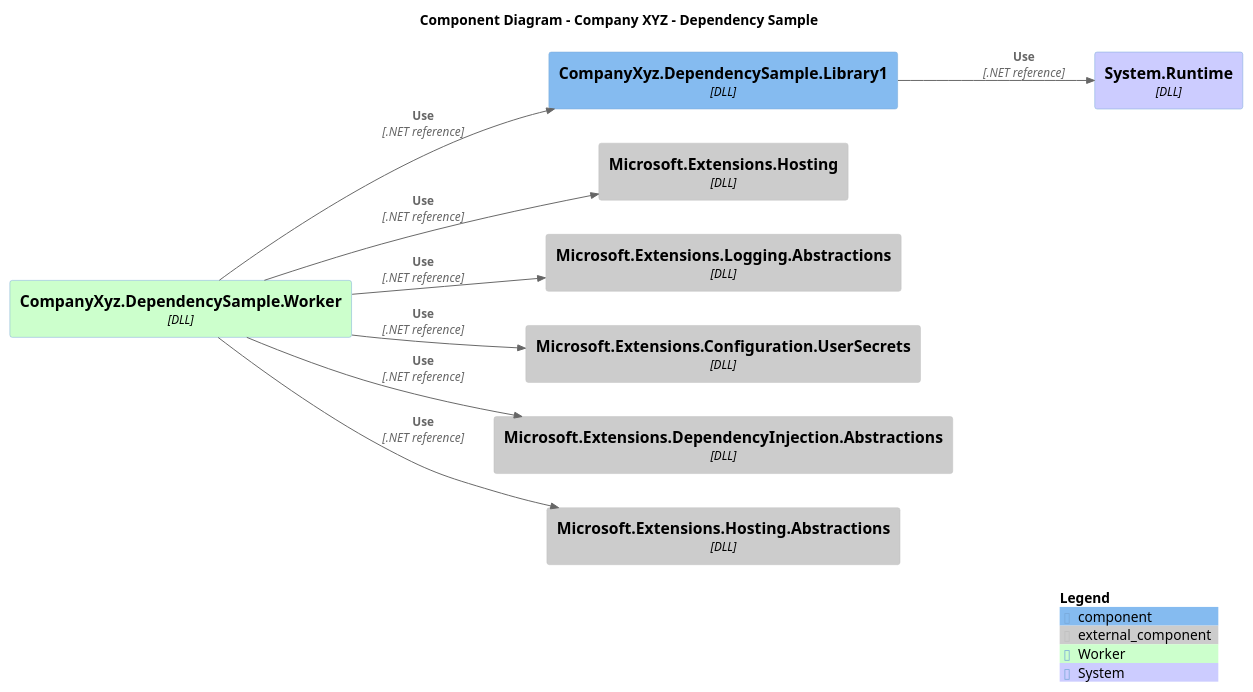
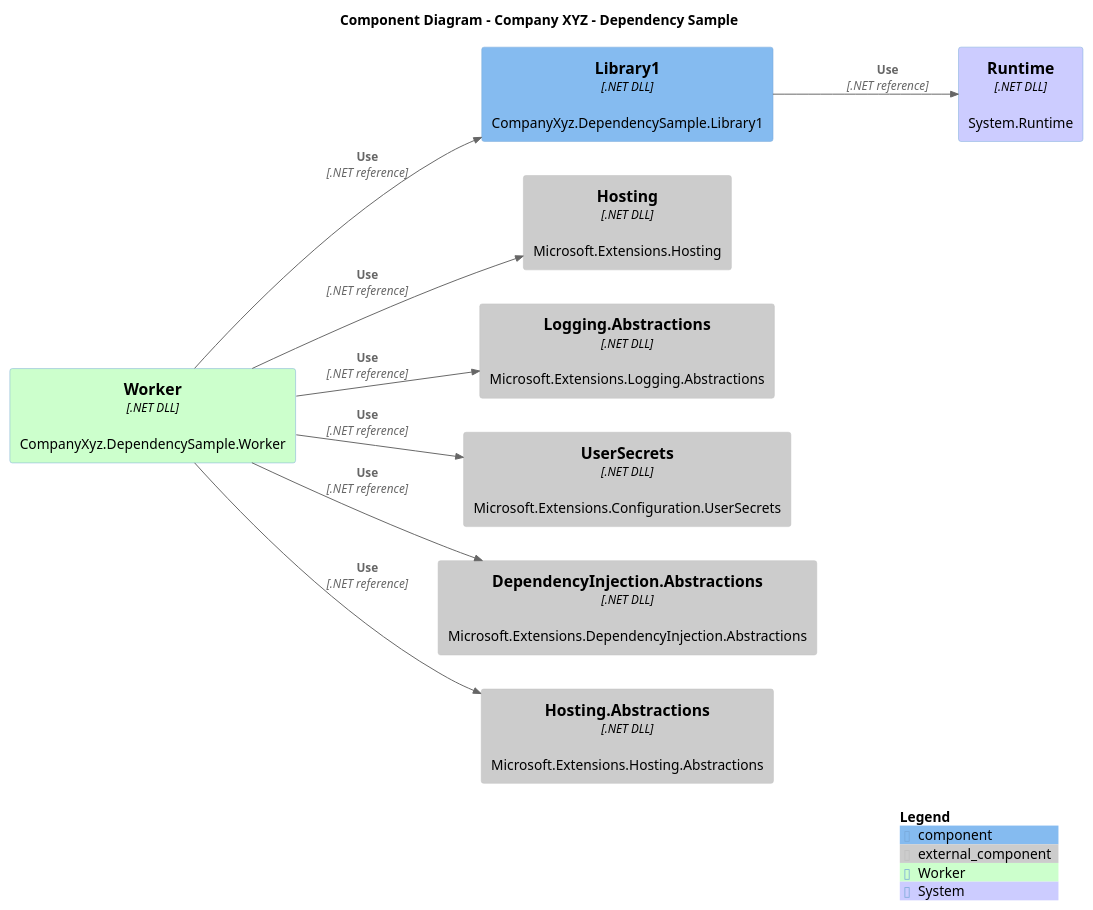
Before and after one commit to sgryphon/dotnet-dependency-graph: the diagram in sample/docs/c4-component-CompanyXyz.puml, drawn with PlantUML. The commit also changed 1 other file, not shown here.

```diff
--- a/sample/docs/c4-component-CompanyXyz.puml
+++ b/sample/docs/c4-component-CompanyXyz.puml
@@ -1,32 +1,32 @@
 @startuml
 
 !include <C4/C4_Component>
 AddComponentTag("Application", $bgColor="#0000ff")
 
 title Component Diagram - Company XYZ - Dependency Sample
 
 LAYOUT_LEFT_RIGHT()
 AddComponentTag("Worker", $bgColor="#ccffcc")
 AddComponentTag("System", $bgColor="#ccccff")
 
-Component(CompanyXyz.DependencySample.Worker, "CompanyXyz.DependencySample.Worker", "DLL", $tags="Worker")
-Component(CompanyXyz.DependencySample.Library1, "CompanyXyz.DependencySample.Library1", "DLL")
+Component(CompanyXyz.DependencySample.Worker, "Worker", ".NET DLL", "CompanyXyz.DependencySample.Worker", $tags="Worker")
+Component(CompanyXyz.DependencySample.Library1, "Library1", ".NET DLL", "CompanyXyz.DependencySample.Library1")
 
-Component_Ext(Microsoft.Extensions.Hosting, "Microsoft.Extensions.Hosting", "DLL")
-Component_Ext(System.Runtime, "System.Runtime", "DLL", $tags="System")
-Component_Ext(Microsoft.Extensions.Logging.Abstractions, "Microsoft.Extensions.Logging.Abstractions", "DLL")
-Component_Ext(Microsoft.Extensions.Configuration.UserSecrets, "Microsoft.Extensions.Configuration.UserSecrets", "DLL")
-Component_Ext(Microsoft.Extensions.DependencyInjection.Abstractions, "Microsoft.Extensions.DependencyInjection.Abstractions", "DLL")
-Component_Ext(Microsoft.Extensions.Hosting.Abstractions, "Microsoft.Extensions.Hosting.Abstractions", "DLL")
+Component_Ext(Microsoft.Extensions.Hosting, "Hosting", ".NET DLL", "Microsoft.Extensions.Hosting")
+Component_Ext(System.Runtime, "Runtime", ".NET DLL", "System.Runtime", $tags="System")
+Component_Ext(Microsoft.Extensions.Logging.Abstractions, "Logging.Abstractions", ".NET DLL", "Microsoft.Extensions.Logging.Abstractions")
+Component_Ext(Microsoft.Extensions.Configuration.UserSecrets, "UserSecrets", ".NET DLL", "Microsoft.Extensions.Configuration.UserSecrets")
+Component_Ext(Microsoft.Extensions.DependencyInjection.Abstractions, "DependencyInjection.Abstractions", ".NET DLL", "Microsoft.Extensions.DependencyInjection.Abstractions")
+Component_Ext(Microsoft.Extensions.Hosting.Abstractions, "Hosting.Abstractions", ".NET DLL", "Microsoft.Extensions.Hosting.Abstractions")
 
 Rel(CompanyXyz.DependencySample.Worker, Microsoft.Extensions.Hosting, "Use", ".NET reference")
 Rel(CompanyXyz.DependencySample.Library1, System.Runtime, "Use", ".NET reference")
 Rel(CompanyXyz.DependencySample.Worker, Microsoft.Extensions.Logging.Abstractions, "Use", ".NET reference")
 Rel(CompanyXyz.DependencySample.Worker, Microsoft.Extensions.Configuration.UserSecrets, "Use", ".NET reference")
 Rel(CompanyXyz.DependencySample.Worker, Microsoft.Extensions.DependencyInjection.Abstractions, "Use", ".NET reference")
 Rel(CompanyXyz.DependencySample.Worker, CompanyXyz.DependencySample.Library1, "Use", ".NET reference")
 Rel(CompanyXyz.DependencySample.Worker, Microsoft.Extensions.Hosting.Abstractions, "Use", ".NET reference")
 
 SHOW_LEGEND()
 
 @enduml
```
